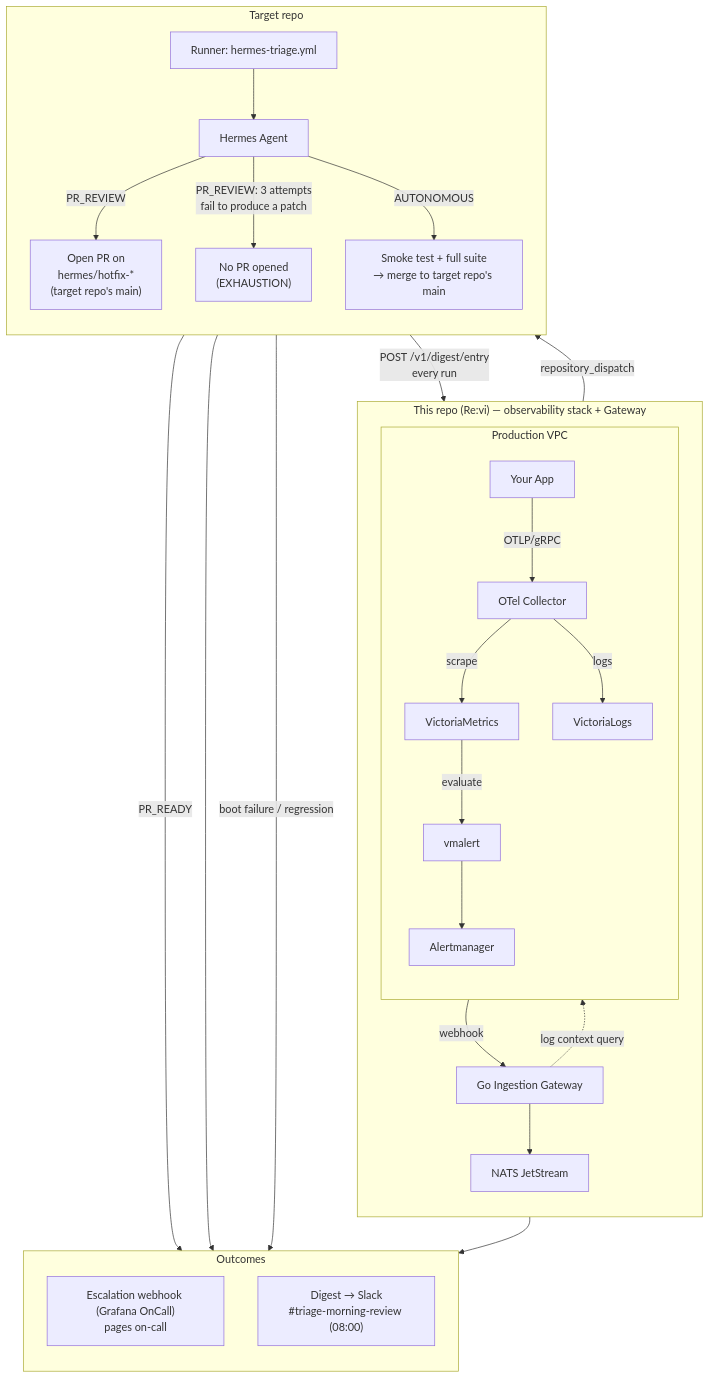
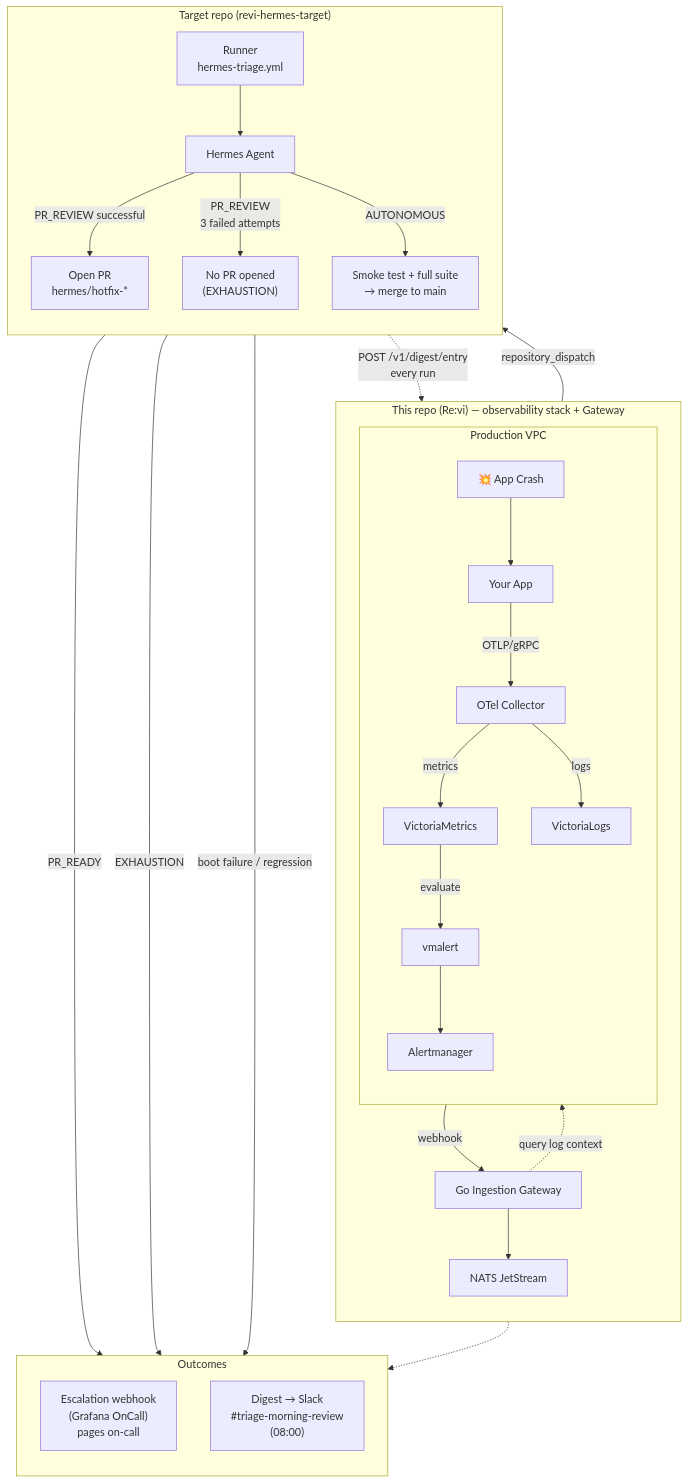
Before and after one commit to bookang869/Re-vi: the diagram in README.md, drawn with Mermaid.

Commit message:
docs(readme): restructure diagram with crash entry point and sectioned comments

````diff
--- a/README.md
+++ b/README.md
@@ -46,40 +46,84 @@
 ```mermaid
 flowchart TD
+
+    %% =========================
+    %% 1. CRASH + OBSERVABILITY
+    %% =========================
     subgraph THISREPO["This repo (Re:vi) — observability stack + Gateway"]
         direction TB
+
         subgraph VPC["Production VPC"]
             direction TB
-            App["Your App"] -->|OTLP/gRPC| Otel["OTel Collector"]
-            Otel -->|scrape| VM["VictoriaMetrics"]
-            Otel -->|logs| VL["VictoriaLogs"]
-            VM -->|evaluate| vmalert["vmalert"]
-            vmalert --> AM["Alertmanager"]
+
+            Crash["💥 App Crash"]
+            App["Your App"]
+            Otel["OTel Collector"]
+            VM["VictoriaMetrics"]
+            VL["VictoriaLogs"]
+            vmalert["vmalert"]
+            AM["Alertmanager"]
+
+            Crash --> App
+            App -->|OTLP/gRPC| Otel
+
+            Otel -->|metrics| VM
+            Otel -->|logs| VL
+
+            VM -->|evaluate| vmalert
+            vmalert --> AM
         end
 
-        AM -->|webhook| GW["Go Ingestion Gateway"]
-        GW -.->|log context query| VL
-        GW --> NATS["NATS JetStream"]
+        GW["Go Ingestion Gateway"]
+        NATS["NATS JetStream"]
+
+        AM -->|webhook| GW
+        GW -.->|query log context| VL
+        GW --> NATS
     end
 
-    subgraph TARGETREPO["Target repo"]
+
+    %% =========================
+    %% 2. HERMES RUNNER
+    %% =========================
+    subgraph TARGETREPO["Target repo (revi-hermes-target)"]
         direction TB
-        GHA["Runner: hermes-triage.yml"] --> Hermes["Hermes Agent"]
-        Hermes -->|PR_REVIEW| PR["Open PR on<br/>hermes/hotfix-*<br/>(target repo's main)"]
-        Hermes -->|"PR_REVIEW: 3 attempts<br/>fail to produce a patch"| Exhaustion["No PR opened<br/>(EXHAUSTION)"]
-        Hermes -->|AUTONOMOUS| Merge["Smoke test + full suite<br/>→ merge to target repo's main"]
+
+        GHA["Runner<br/>hermes-triage.yml"]
+        Hermes["Hermes Agent"]
+
+        GHA --> Hermes
+
+        PR["Open PR<br/>hermes/hotfix-*"]
+        Exhaustion["No PR opened<br/>(EXHAUSTION)"]
+        Merge["Smoke test + full suite<br/>→ merge to main"]
+
+        Hermes -->|PR_REVIEW successful| PR
+        Hermes -->|"PR_REVIEW<br/>3 failed attempts"| Exhaustion
+        Hermes -->|AUTONOMOUS| Merge
     end
 
     NATS -->|repository_dispatch| GHA
-    GHA -->|"POST /v1/digest/entry<br/>every run"| GW
 
+
+    %% =========================
+    %% 3. OUTCOMES
+    %% =========================
     subgraph OUT["Outcomes"]
         direction TB
-        ESC["Escalation webhook (Grafana OnCall)<br/>pages on-call"]
-        Digest["Digest → Slack<br/>#triage-morning-review (08:00)"]
+
+        ESC["Escalation webhook<br/>(Grafana OnCall)<br/>pages on-call"]
+
+        Digest["Digest → Slack<br/>#triage-morning-review<br/>(08:00)"]
     end
 
     PR -->|PR_READY| ESC
-    Exhaustion --> ESC
+    Exhaustion -->|EXHAUSTION| ESC
     Merge -->|"boot failure / regression"| ESC
-    GW --> Digest
+
+
+    %% =========================
+    %% SECONDARY / FEEDBACK PATHS
+    %% =========================
+    GHA -.->|"POST /v1/digest/entry<br/>every run"| GW
+    GW -.-> Digest
 ```
````
